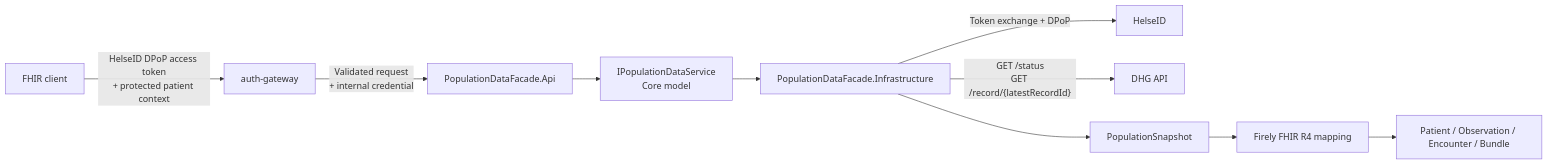
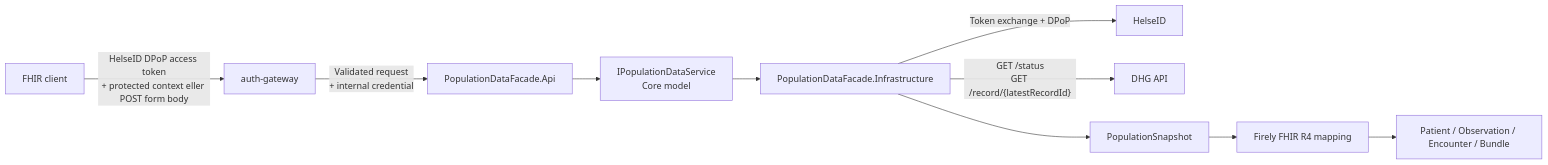
Before and after one commit to helgaarm/FhirGravidAPI: the diagram in docs/architecture.md, drawn with Mermaid. The commit also changed other lines of this file and 18 other files, not shown here.

Commit message:
feat: secure NIN POST search with HelseID

````diff
--- a/docs/architecture.md
+++ b/docs/architecture.md
@@ -5,23 +5,23 @@
 ```mermaid
 flowchart LR
     Client["FHIR client"]
     Gateway["auth-gateway"]
     Api["PopulationDataFacade.Api"]
     Core["IPopulationDataService<br/>Core model"]
     Infrastructure["PopulationDataFacade.Infrastructure"]
     HelseID["HelseID"]
     DHG["DHG API"]
     Snapshot["PopulationSnapshot"]
     Mapper["Firely FHIR R4 mapping"]
     Resources["Patient / Observation / Encounter / Bundle"]
 
-    Client -->|"HelseID DPoP access token<br/>+ protected patient context"| Gateway
+    Client -->|"HelseID DPoP access token<br/>+ protected context eller POST form body"| Gateway
     Gateway -->|"Validated request<br/>+ internal credential"| Api
     Api --> Core
     Core --> Infrastructure
     Infrastructure -->|"Token exchange + DPoP"| HelseID
     Infrastructure -->|"GET /status<br/>GET /record/{latestRecordId}"| DHG
     Infrastructure --> Snapshot
     Snapshot --> Mapper
     Mapper --> Resources
 ```
````
